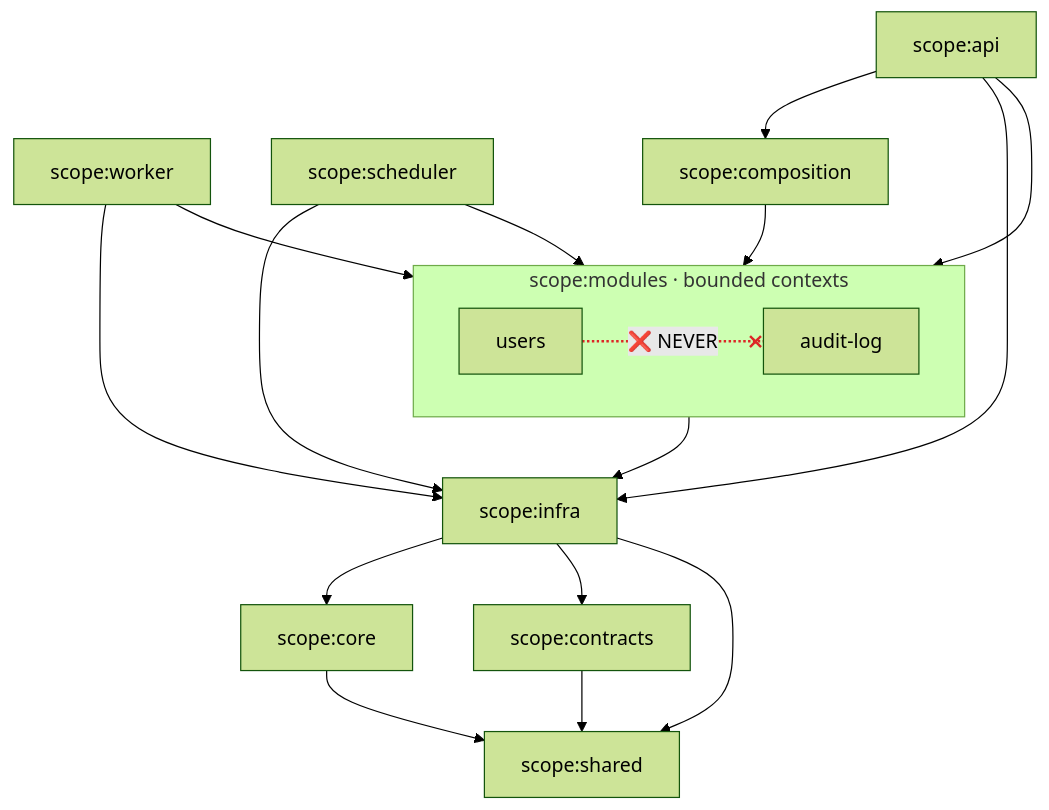
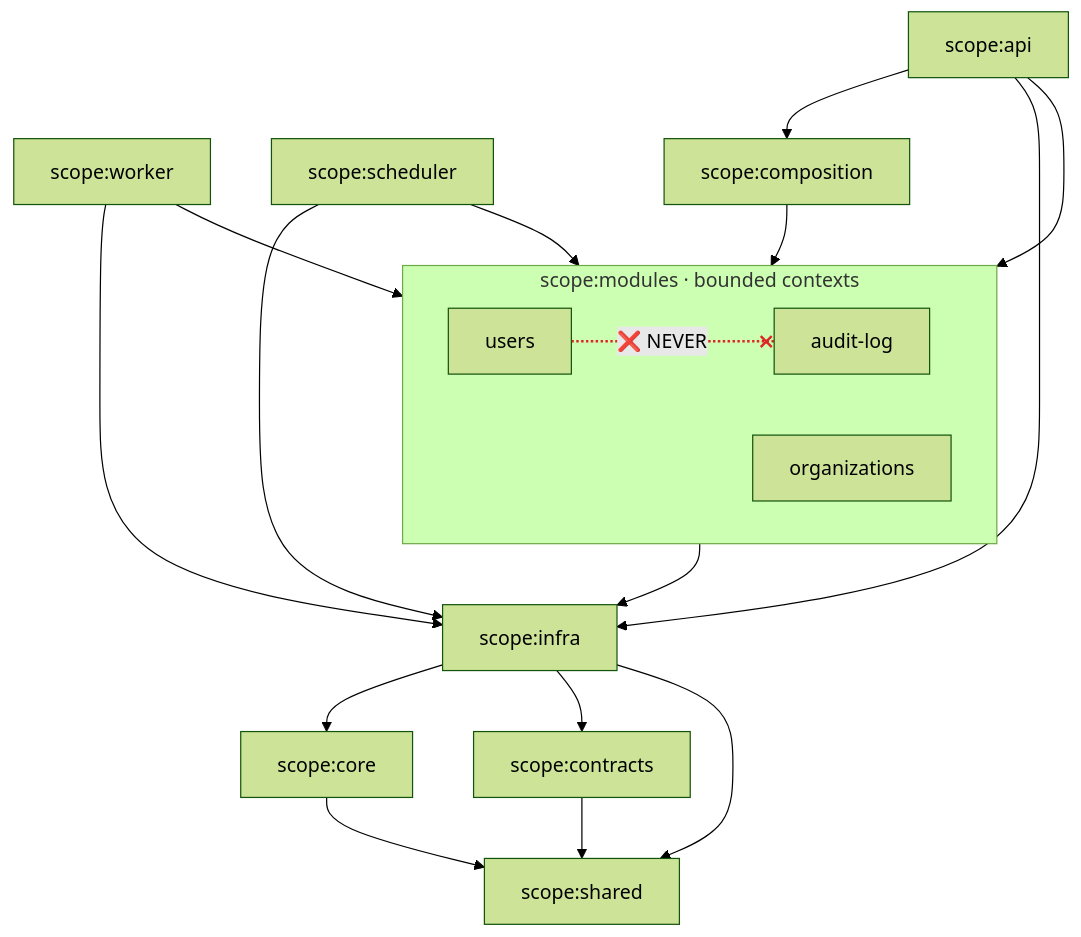
Before and after one commit to chuanghiduoc/nestjs-fastify-nx: the second of 6 diagrams in docs/architecture.md, drawn with Mermaid (forest theme). The commit also changed other lines of this file and 257 other files, not shown here.

````diff
--- a/docs/architecture.md
+++ b/docs/architecture.md
@@ -157,37 +169,38 @@
 ```mermaid
 flowchart TD
     api["scope:api"]
     worker["scope:worker"]
     scheduler["scope:scheduler"]
     comp["scope:composition"]
 
     subgraph bc["scope:modules · bounded contexts"]
         direction LR
         m1["users"]
         m2["audit-log"]
+        m3["organizations"]
     end
 
     infra["scope:infra"]
     core["scope:core"]
     contracts["scope:contracts"]
     shared["scope:shared"]
 
     api --> comp
     api --> bc
     api --> infra
     worker --> bc
     worker --> infra
     scheduler --> bc
     scheduler --> infra
     comp --> bc
     bc --> infra
     infra --> core
     infra --> contracts
     infra --> shared
     core --> shared
     contracts --> shared
 
     m1 -. "❌ NEVER" .-x m2
 
     linkStyle 14 stroke:#dc2626,stroke-width:2px;
 ```
````
